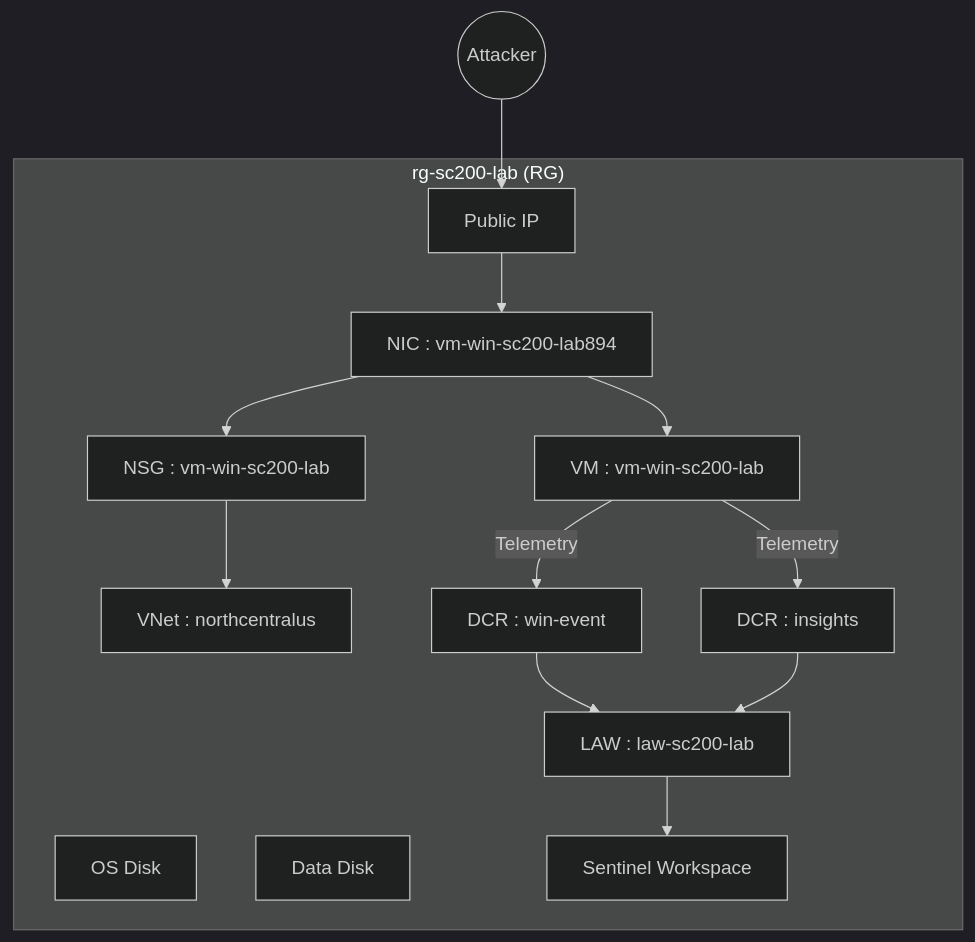
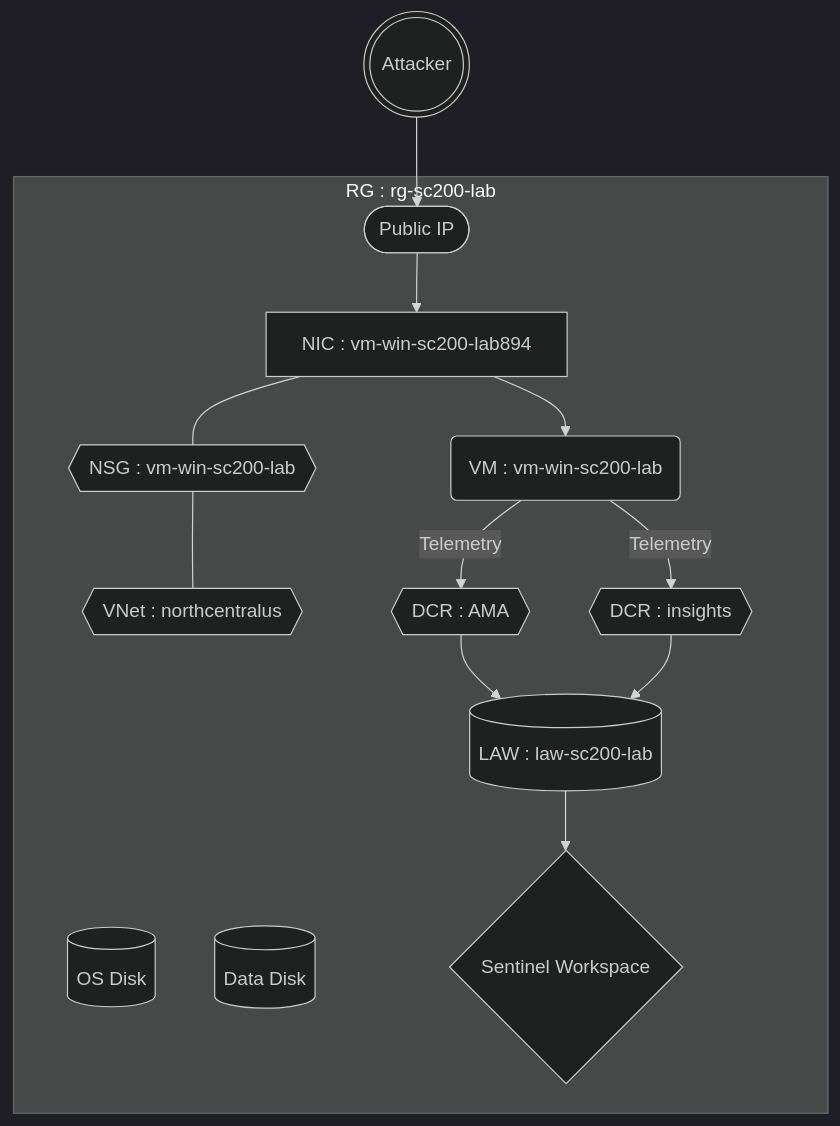
The diagram in docs/architecture/ctd-lab-architecture.md (CMDemps/azure-security-portfolio), drawn with Mermaid (dark theme) before and after one commit. The commit also changed other lines of this file, not shown here.

Commit message:
Update architecture diagram and formatting in documentation

````diff
--- a/docs/architecture/ctd-lab-architecture.md
+++ b/docs/architecture/ctd-lab-architecture.md
@@ -60,24 +60,24 @@
 ```mermaid
 flowchart TD
-    subgraph RG["rg-sc200-lab (RG)"]
-      VM["VM : vm-win-sc200-lab"]
-      DiskOS["OS Disk"]
-      DiskData["Data Disk"]
+    subgraph RG["RG : rg-sc200-lab"]
+      VM("VM : vm-win-sc200-lab")
+      DiskOS[("OS Disk")]
+      DiskData[("Data Disk")]
       NIC["NIC : vm-win-sc200-lab894"]
-      VNet["VNet : northcentralus"]
-      NSG["NSG : vm-win-sc200-lab"]
-      PIP["Public IP"]
-      LAW["LAW : law-sc200-lab"]
-      DCR1["DCR : win-event"]
-      DCR2["DCR : insights"]
-      SENT["Sentinel Workspace"]
+      VNet{{"VNet : northcentralus"}}
+      NSG{{"NSG : vm-win-sc200-lab"}}
+      PIP(["Public IP"])
+      LAW[("LAW : law-sc200-lab")]
+      DCR1{{"DCR : AMA"}}
+      DCR2{{"DCR : insights"}}
+      SENT{"Sentinel Workspace"}
     end
 
-    Attacker((Attacker)) --> PIP
+    Attacker(((Attacker))) --> PIP
     PIP --> NIC --> VM
-    NIC --> NSG --> VNet
+    NIC --- NSG --- VNet
 
     VM -->|Telemetry| DCR1 --> LAW
     VM -->|Telemetry| DCR2 --> LAW
     LAW --> SENT
 ```
````
